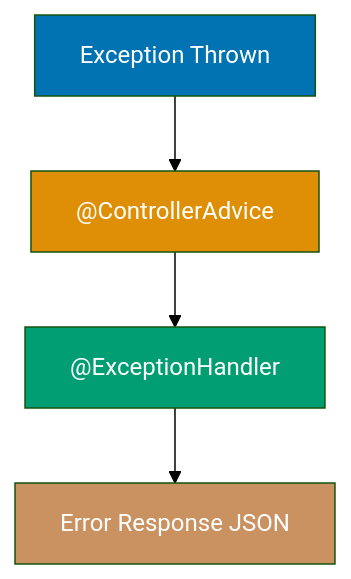
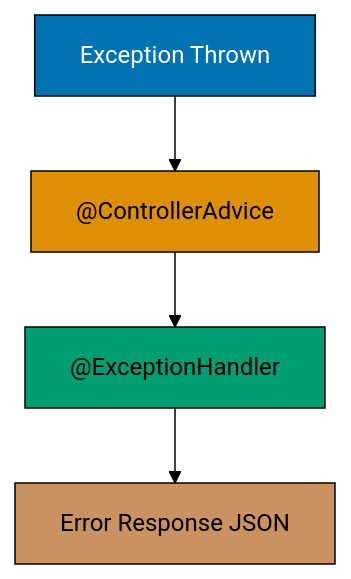
One commit to wahidyankf/ose-public changed the tenth of 10 diagrams in apps/ayokoding-www/content/en/learn/legacy/software-engineering/platforms/web/tools/jvm-spring-boot/by-example/beginner.md. Above: the diagram before and after it, drawn with Mermaid (forest theme). The commit also changed other lines of this file and 130 other files, not shown here.

First line of the commit message:
fix(mermaid): bring the legacy platforms diagrams onto the accessible palette

````diff
--- a/apps/ayokoding-www/content/en/learn/legacy/software-engineering/platforms/web/tools/jvm-spring-boot/by-example/beginner.md
+++ b/apps/ayokoding-www/content/en/learn/legacy/software-engineering/platforms/web/tools/jvm-spring-boot/by-example/beginner.md
@@ -3472,12 +3534,19 @@
 ```mermaid
 %% Color Palette: Blue #0173B2, Orange #DE8F05, Teal #029E73, Purple #CC78BC, Brown #CA9161
 graph TD
+    accTitle: Example 18: Global Exception Handling
+    accDescr: Graph with 4 nodes and 3 connections. Nodes: Exception Thrown, @ControllerAdvice, @ExceptionHandler, Error Response JSON. Connections: Exception Thrown to @ControllerAdvice, @ControllerAdvice to @ExceptionHandler, @ExceptionHandler to Error Response JSON.
     Exception["Exception Thrown"] --> ControllerAdvice["@ControllerAdvice"]
     ControllerAdvice --> ExceptionHandler["@ExceptionHandler"]
     ExceptionHandler --> ErrorResponse["Error Response JSON"]
 
-    style Exception fill:#0173B2,color:#fff
-    style ControllerAdvice fill:#DE8F05,color:#fff
-    style ExceptionHandler fill:#029E73,color:#fff
-    style ErrorResponse fill:#CA9161,color:#fff
+    classDef pal-0173B2 fill:#0173B2,stroke:#000000,color:#FFFFFF
+    class Exception pal-0173B2
+    classDef pal-DE8F05 fill:#DE8F05,stroke:#000000,color:#000000
+    class ControllerAdvice pal-DE8F05
+    classDef pal-029E73 fill:#029E73,stroke:#000000,color:#000000
+    class ExceptionHandler pal-029E73
+    classDef pal-CA9161 fill:#CA9161,stroke:#000000,color:#000000
+    class ErrorResponse pal-CA9161
+    classDef default fill:#FFFFFF,stroke:#000000,color:#000000
 ```
````
